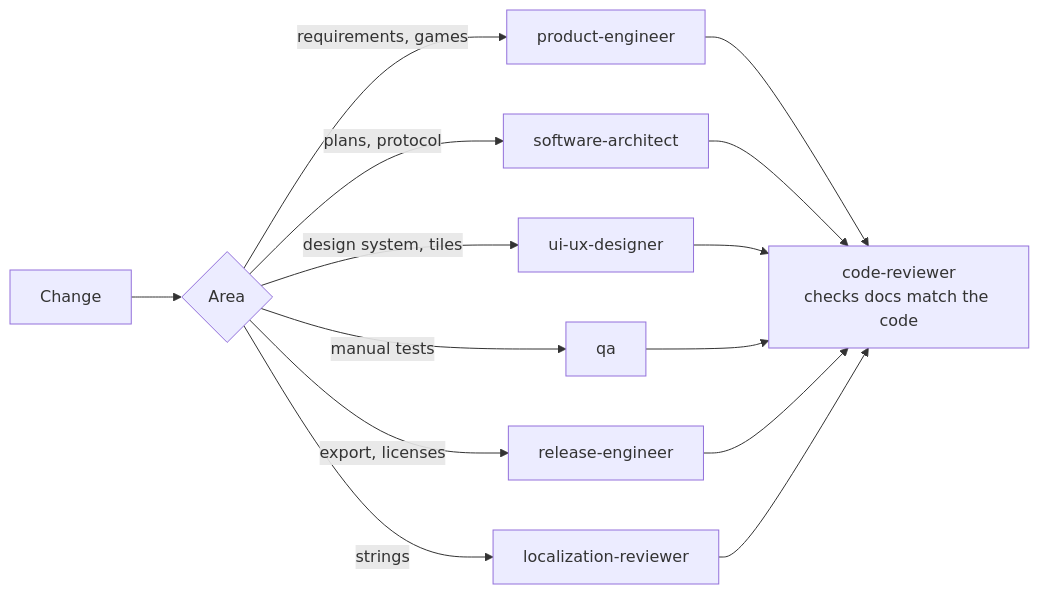
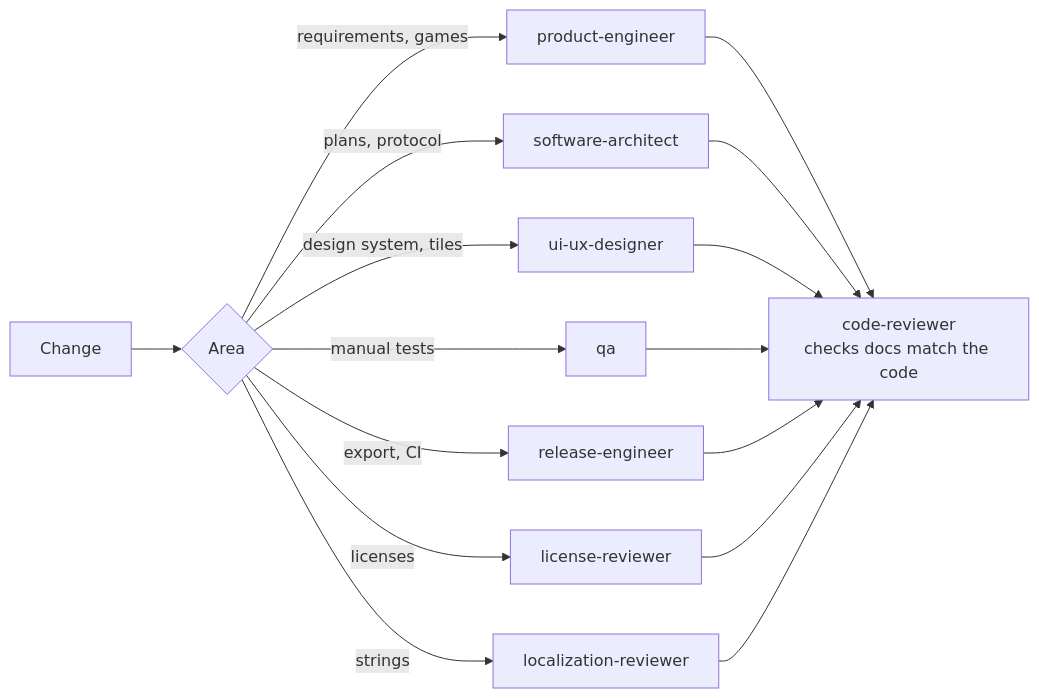
Before and after one commit to alonzo86/remote-play: the fifth of 8 diagrams in docs/AGENTS.md, drawn with Mermaid. The commit also changed other lines of this file, not shown here.

First line of the commit message:
Agent diagrams follow the new review and merge rules (license-reviewer, tiebreaker, auto merge)

````diff
--- a/docs/AGENTS.md
+++ b/docs/AGENTS.md
@@ -91,16 +98,18 @@
 ```mermaid
 flowchart LR
     CH[Change] --> OWN{Area}
     OWN -- requirements, games --> PE[product-engineer]
     OWN -- plans, protocol --> SA[software-architect]
     OWN -- design system, tiles --> UX[ui-ux-designer]
     OWN -- manual tests --> QA[qa]
-    OWN -- export, licenses --> RE[release-engineer]
+    OWN -- export, CI --> RE[release-engineer]
+    OWN -- licenses --> LR[license-reviewer]
     OWN -- strings --> LOC[localization-reviewer]
     PE --> CR[code-reviewer<br/>checks docs match the code]
     SA --> CR
     UX --> CR
     QA --> CR
     RE --> CR
+    LR --> CR
     LOC --> CR
 ```
````
